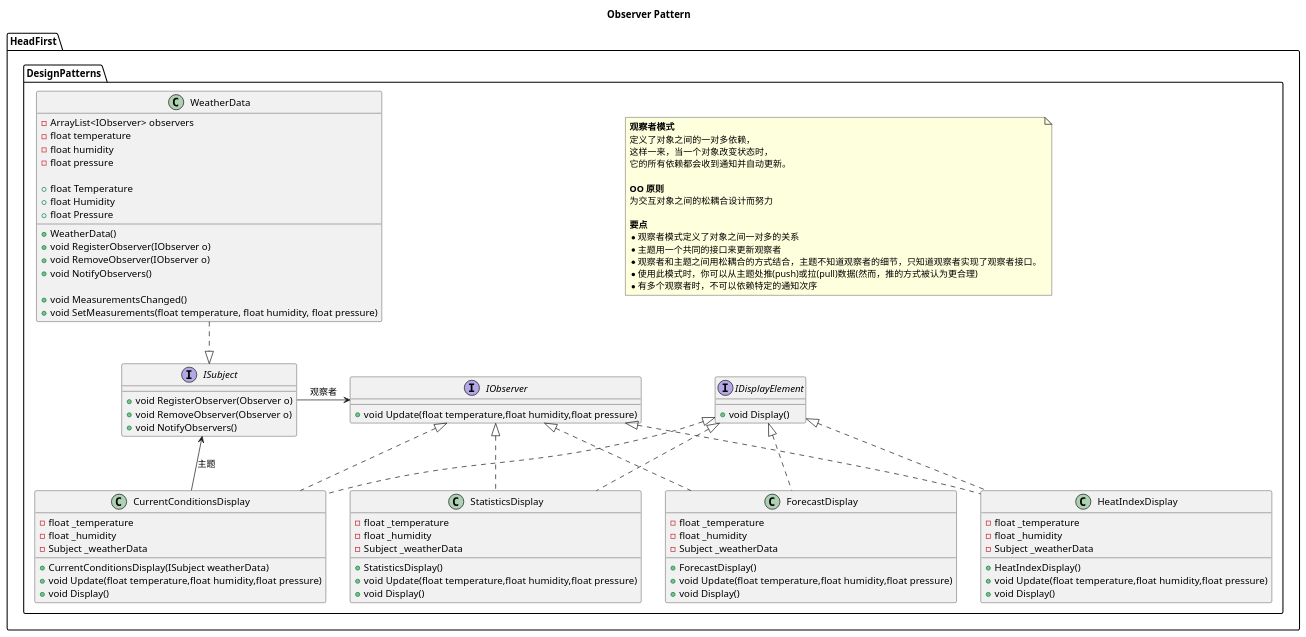
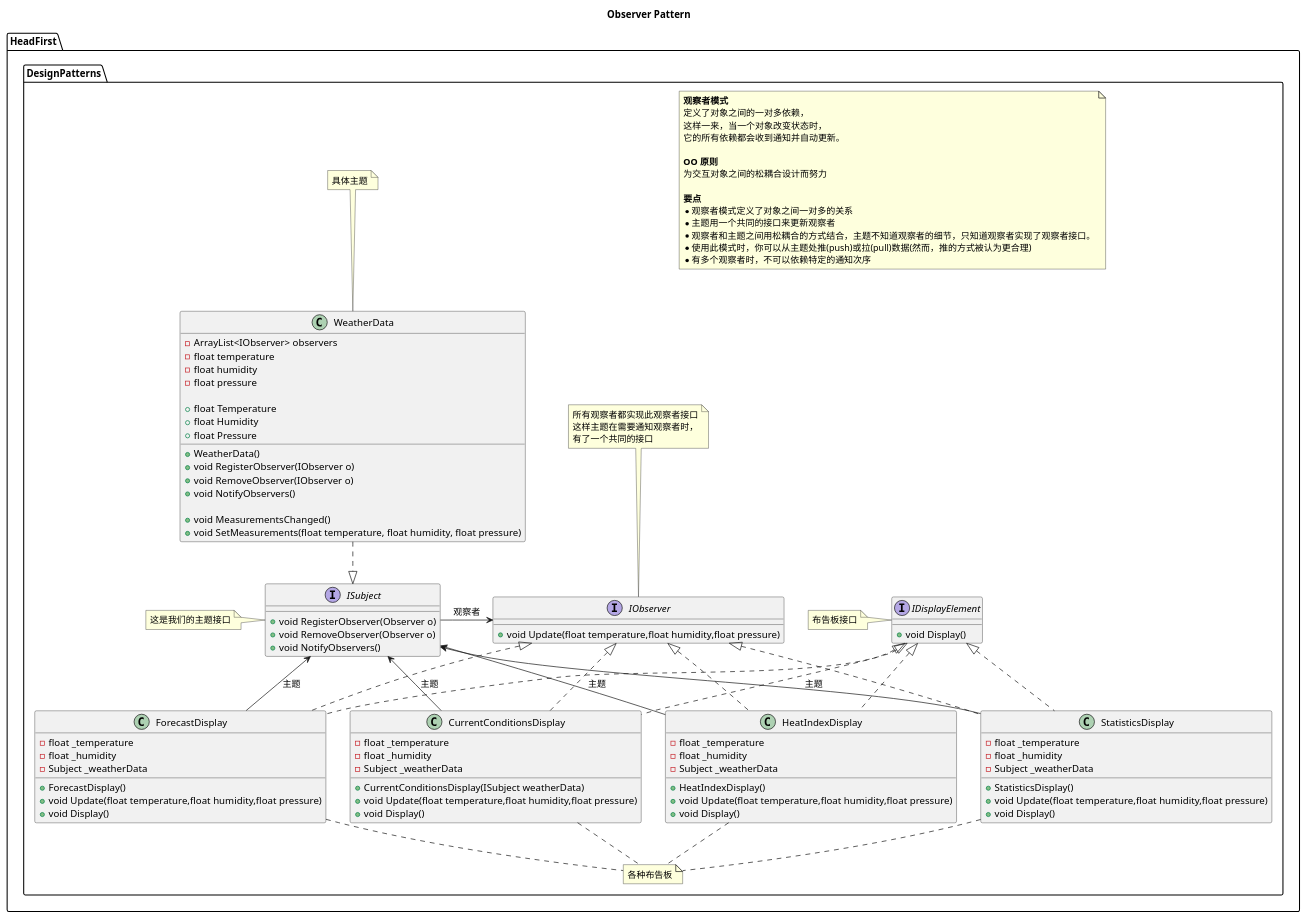
The diagram in src/HeadFirst.DesignPatterns.Observer/Observer.wsd (thinksjay/HeadFirst.DesignPatterns), drawn with PlantUML before and after one commit. The commit also changed 15 other files, not shown here.

```diff
--- a/src/HeadFirst.DesignPatterns.Observer/Observer.wsd
+++ b/src/HeadFirst.DesignPatterns.Observer/Observer.wsd
@@ -1,106 +1,120 @@
 @startuml
 title Observer Pattern
 namespace HeadFirst.DesignPatterns{
     note as ObserverDefine
     <b>观察者模式</b>
     定义了对象之间的一对多依赖，
     这样一来，当一个对象改变状态时，
     它的所有依赖都会收到通知并自动更新。
 
     <b>OO 原则</b>
     为交互对象之间的松耦合设计而努力
 
     <b>要点</b>
     *观察者模式定义了对象之间一对多的关系
     *主题用一个共同的接口来更新观察者
     *观察者和主题之间用松耦合的方式结合，主题不知道观察者的细节，只知道观察者实现了观察者接口。
     *使用此模式时，你可以从主题处推(push)或拉(pull)数据(然而，推的方式被认为更合理)
     *有多个观察者时，不可以依赖特定的通知次序
     end note
     WeatherData .down.|> ISubject
-    ISubject --right> IObserver:观察者
+    ISubject -right-> IObserver:观察者
     CurrentConditionsDisplay -up-> ISubject:主题
+    ForecastDisplay -up-> ISubject:主题
+    HeatIndexDisplay -up-> ISubject:主题
+    StatisticsDisplay -up-> ISubject:主题
     CurrentConditionsDisplay .up.|> IObserver
     ForecastDisplay .up.|> IObserver
     HeatIndexDisplay .up.|> IObserver
     StatisticsDisplay .up.|> IObserver
     CurrentConditionsDisplay .up.|> IDisplayElement
     ForecastDisplay .up.|> IDisplayElement
     HeatIndexDisplay .up.|> IDisplayElement
     StatisticsDisplay .up.|> IDisplayElement
 
     interface ISubject
     {
         + void RegisterObserver(Observer o)
         + void RemoveObserver(Observer o)
         + void NotifyObservers()
     }
+    note left of ISubject:这是我们的主题接口
     class WeatherData
     {
         - ArrayList<IObserver> observers
         - float temperature
         - float humidity
         - float pressure
 
         + float Temperature
         + float Humidity
         + float Pressure
 
         + WeatherData()
         + void RegisterObserver(IObserver o)
         + void RemoveObserver(IObserver o)
         + void NotifyObservers()
 
         + void MeasurementsChanged()
         + void SetMeasurements(float temperature, float humidity, float pressure)
     }
+    note top of WeatherData:具体主题
     interface IObserver
     {
         + void Update(float temperature,float humidity,float pressure)
     }
+    note top of IObserver:所有观察者都实现此观察者接口\n这样主题在需要通知观察者时，\n有了一个共同的接口
     interface IDisplayElement
     {
         + void Display()
     }
+    note left of IDisplayElement:布告板接口
     class CurrentConditionsDisplay
     {
         - float _temperature
         - float _humidity
         - Subject _weatherData
 
         + CurrentConditionsDisplay(ISubject weatherData)
         + void Update(float temperature,float humidity,float pressure)
         + void Display()
     }
     class ForecastDisplay
     {
         - float _temperature
         - float _humidity
         - Subject _weatherData
 
         + ForecastDisplay()
         + void Update(float temperature,float humidity,float pressure)
         + void Display()
     }
     class HeatIndexDisplay
     {
         - float _temperature
         - float _humidity
         - Subject _weatherData
 
         + HeatIndexDisplay()
         + void Update(float temperature,float humidity,float pressure)
         + void Display()
     }
     class StatisticsDisplay
     {
         - float _temperature
         - float _humidity
         - Subject _weatherData
 
         + StatisticsDisplay()
         + void Update(float temperature,float humidity,float pressure)
         + void Display()
     }
+    note as DisplaysNote
+    各种布告板
+    end note
+    DisplaysNote .up. CurrentConditionsDisplay
+    DisplaysNote .up. ForecastDisplay
+    DisplaysNote .up. HeatIndexDisplay
+    DisplaysNote .up. StatisticsDisplay
 }
 @enduml
```
